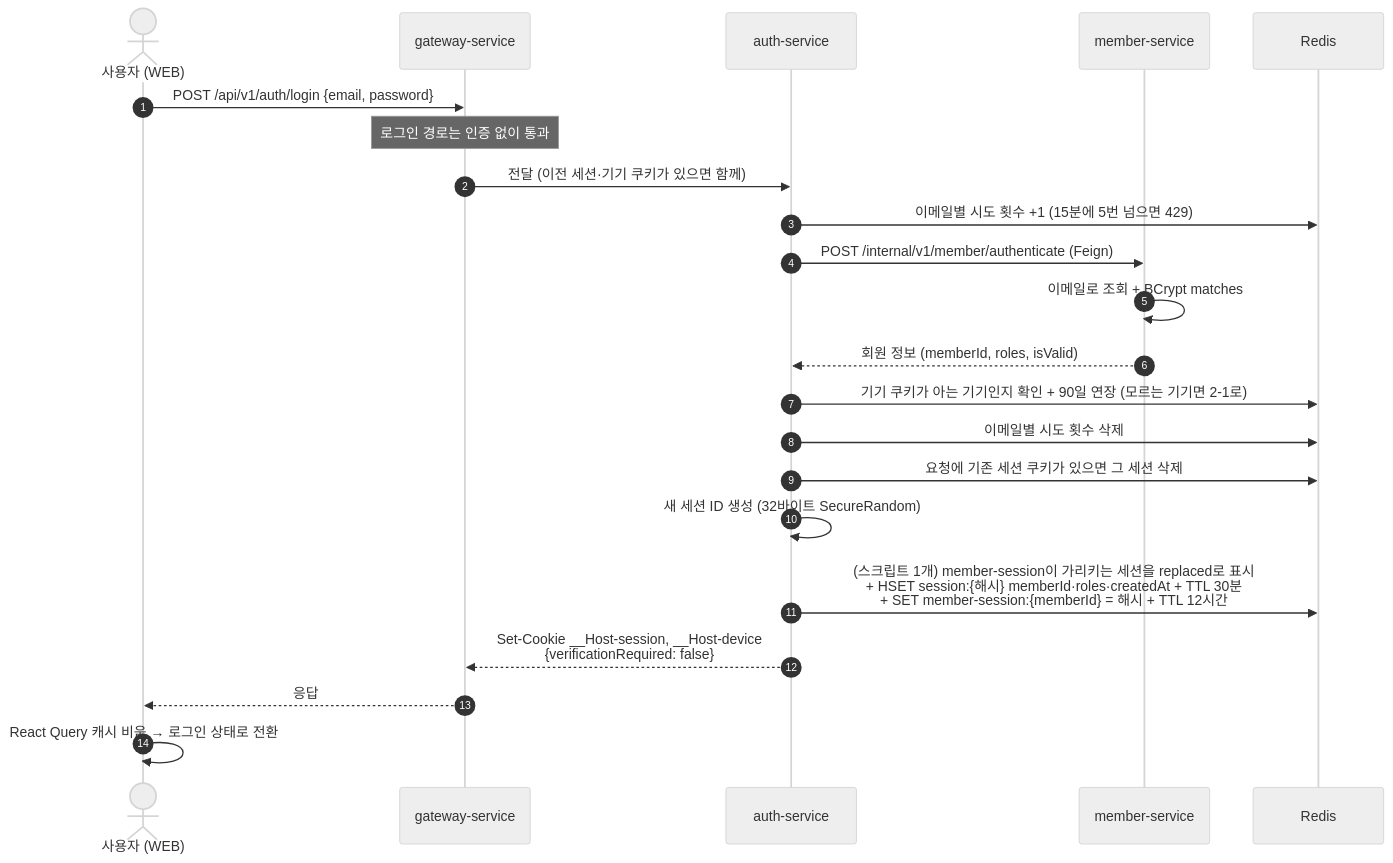
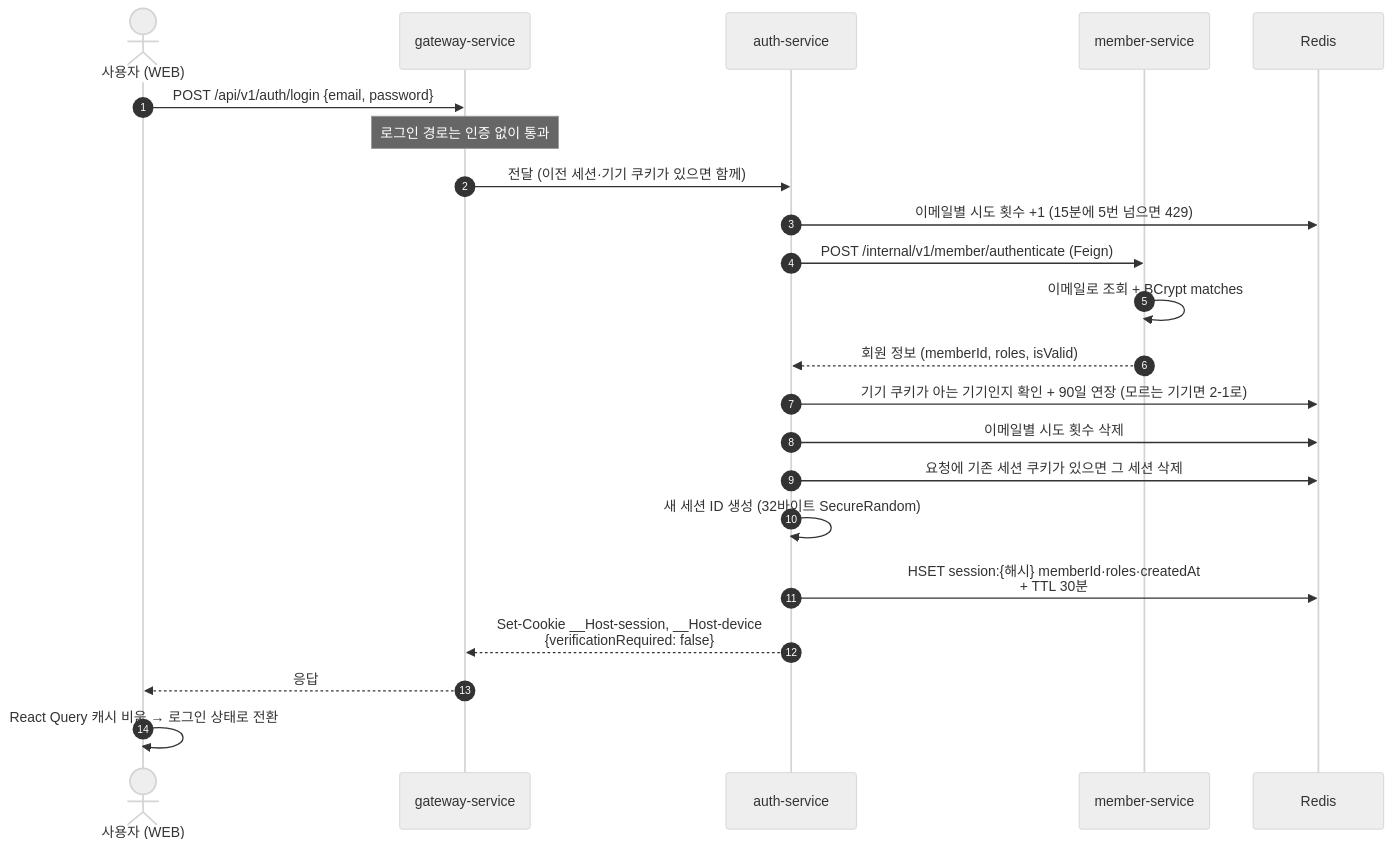
The first of 4 diagrams in .docs/spec/004-auth-spec.md (rivertw777/ModuDrive-API), drawn with Mermaid (neutral theme) before and after one commit. The commit also changed other lines of this file and 17 other files, not shown here.

````diff
--- a/.docs/spec/004-auth-spec.md
+++ b/.docs/spec/004-auth-spec.md
@@ -106,25 +91,25 @@
 ```mermaid
 sequenceDiagram
     autonumber
     actor U as 사용자 (WEB)
     participant G as gateway-service
     participant A as auth-service
     participant M as member-service
     participant R as Redis
 
     U->>G: POST /api/v1/auth/login {email, password}
     Note over G: 로그인 경로는 인증 없이 통과
     G->>A: 전달 (이전 세션·기기 쿠키가 있으면 함께)
     A->>R: 이메일별 시도 횟수 +1 (15분에 5번 넘으면 429)
     A->>M: POST /internal/v1/member/authenticate (Feign)
     M->>M: 이메일로 조회 + BCrypt matches
     M-->>A: 회원 정보 (memberId, roles, isValid)
     A->>R: 기기 쿠키가 아는 기기인지 확인 + 90일 연장 (모르는 기기면 2-1로)
     A->>R: 이메일별 시도 횟수 삭제
     A->>R: 요청에 기존 세션 쿠키가 있으면 그 세션 삭제
     A->>A: 새 세션 ID 생성 (32바이트 SecureRandom)
-    A->>R: (스크립트 1개) member-session이 가리키는 세션을 replaced로 표시<br/>+ HSET session:{해시} memberId·roles·createdAt + TTL 30분<br/>+ SET member-session:{memberId} = 해시 + TTL 12시간
+    A->>R: HSET session:{해시} memberId·roles·createdAt<br/>+ TTL 30분
     A-->>G: Set-Cookie __Host-session, __Host-device<br/>{verificationRequired: false}
     G-->>U: 응답
     U->>U: React Query 캐시 비움 → 로그인 상태로 전환
 ```
````
